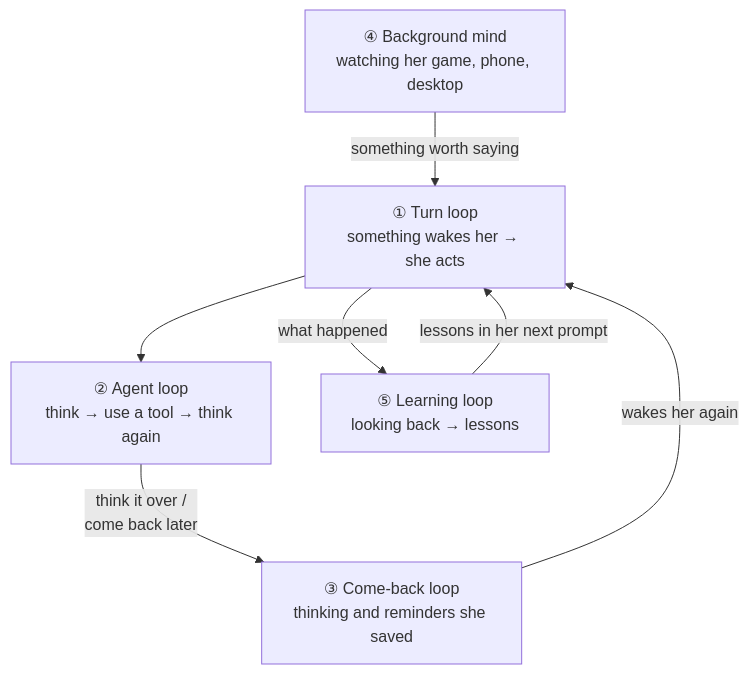
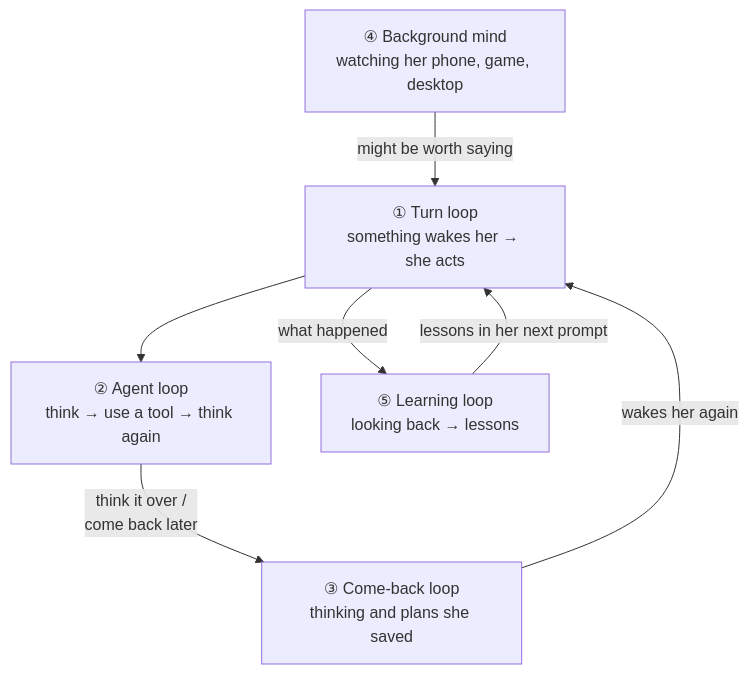
The second of 8 diagrams in README.md (vingilbee/jophiel), drawn with Mermaid before and after one commit. The commit also changed other lines of this file, not shown here.

````diff
--- a/README.md
+++ b/README.md
@@ -94,15 +74,15 @@
 ```mermaid
 flowchart TB
     L1["① Turn loop<br/>something wakes her → she acts"]
     L2["② Agent loop<br/>think → use a tool → think again"]
-    L3["③ Come-back loop<br/>thinking and reminders she saved"]
-    L4["④ Background mind<br/>watching her game, phone, desktop"]
+    L3["③ Come-back loop<br/>thinking and plans she saved"]
+    L4["④ Background mind<br/>watching her phone, game, desktop"]
     L5["⑤ Learning loop<br/>looking back → lessons"]
 
     L1 --> L2
     L2 -- "think it over /<br/>come back later" --> L3
     L3 -- "wakes her again" --> L1
-    L4 -- "something worth saying" --> L1
+    L4 -- "might be worth saying" --> L1
     L1 -- "what happened" --> L5
     L5 -- "lessons in her next prompt" --> L1
 ```
````
